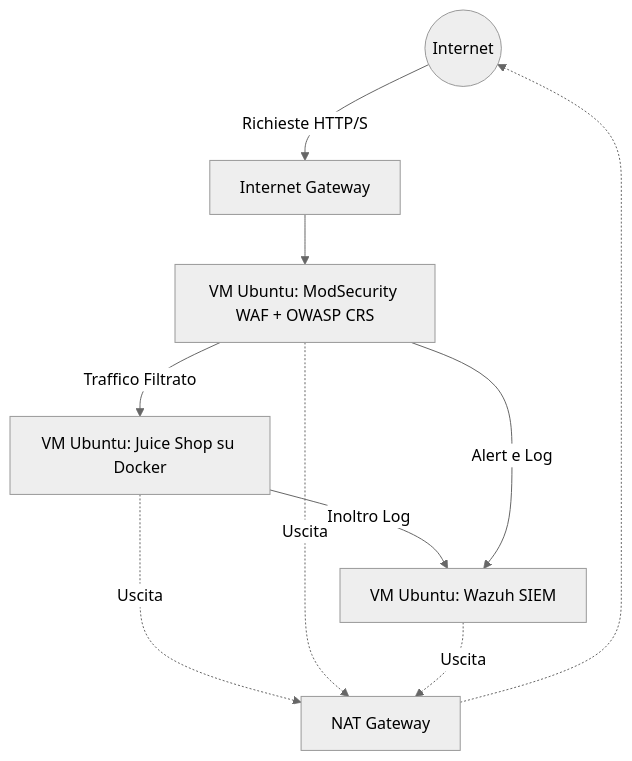
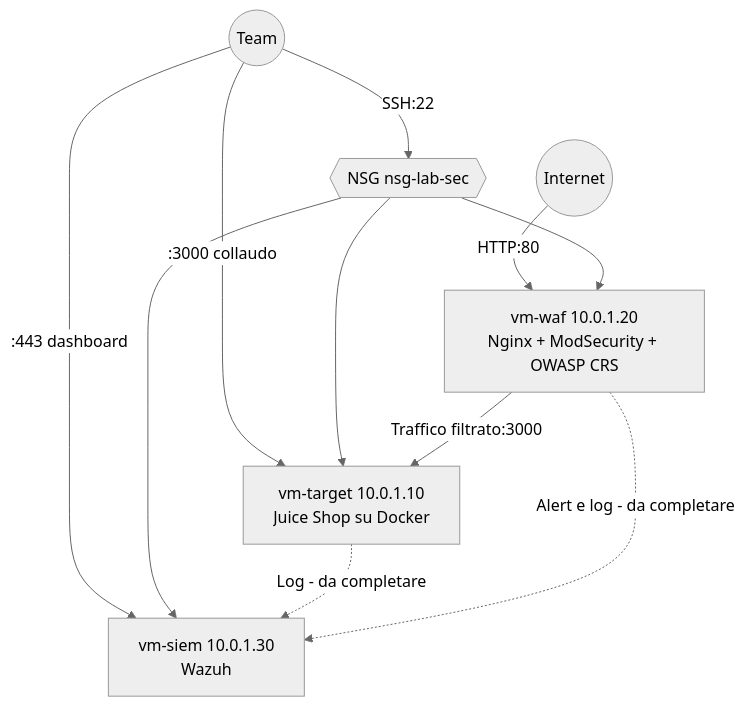
The diagram in docs/architettura.md (ohTara/Project-Work---Omnia-System), drawn with Mermaid (neutral theme) before and after one commit. The commit also changed other lines of this file and 15 other files, not shown here.

````diff
--- a/docs/architettura.md
+++ b/docs/architettura.md
@@ -17,12 +17,13 @@
 ```mermaid
 graph TD
-    Internet((Internet)) -->|Richieste HTTP/S| IGW[Internet Gateway]
-    IGW --> WAF[VM Ubuntu: ModSecurity WAF + OWASP CRS]
-    WAF -->|Traffico Filtrato| JS[VM Ubuntu: Juice Shop su Docker]
-    JS -->|Inoltro Log| SIEM[VM Ubuntu: Wazuh SIEM]
-    WAF -->|Alert e Log| SIEM
-    JS -.->|Uscita| NAT[NAT Gateway]
-    WAF -.->|Uscita| NAT
-    SIEM -.->|Uscita| NAT
-    NAT -.-> Internet
+    Internet((Internet)) -->|HTTP:80| WAF[vm-waf 10.0.1.20<br/>Nginx + ModSecurity + OWASP CRS]
+    Team((Team)) -->|SSH:22| NSG{{NSG nsg-lab-sec}}
+    Team -->|:3000 collaudo| JS
+    Team -->|:443 dashboard| SIEM
+    NSG --> WAF
+    NSG --> JS
+    NSG --> SIEM
+    WAF -->|Traffico filtrato:3000| JS[vm-target 10.0.1.10<br/>Juice Shop su Docker]
+    JS -.->|Log - da completare| SIEM[vm-siem 10.0.1.30<br/>Wazuh]
+    WAF -.->|Alert e log - da completare| SIEM
 ```
````
